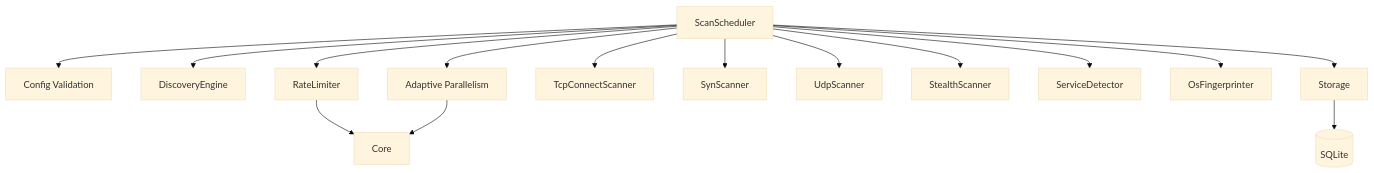
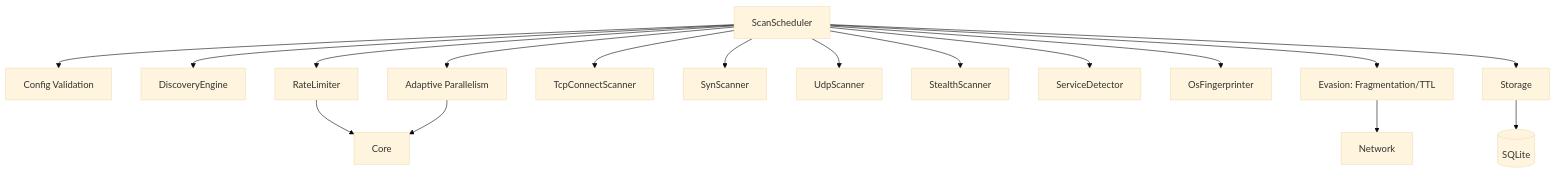
One commit to doublegate/ProRT-IP changed the third of 5 diagrams in README.md. Above: the diagram before and after it, drawn with Mermaid (base theme). The commit also changed other lines of this file and 14 other files, not shown here.

First line of the commit message:
feat(evasion): Add packet fragmentation and TTL control (Sprint 4.20 Phase 2)

````diff
--- a/README.md
+++ b/README.md
@@ -906,17 +919,19 @@
 ```mermaid
 graph TD
     Scheduler[ScanScheduler] --> Config[Config Validation]
     Scheduler --> Discovery[DiscoveryEngine]
     Scheduler --> RateLimiter[RateLimiter]
     Scheduler --> Parallelism[Adaptive Parallelism]
     Scheduler --> TCP[TcpConnectScanner]
     Scheduler --> SYN[SynScanner]
     Scheduler --> UDP[UdpScanner]
     Scheduler --> Stealth[StealthScanner]
     Scheduler --> Service[ServiceDetector]
     Scheduler --> OS[OsFingerprinter]
+    Scheduler --> Evasion[Evasion: Fragmentation/TTL]
     Scheduler --> Storage
     Storage --> DB[(SQLite)]
     RateLimiter --> Core
     Parallelism --> Core
+    Evasion --> Network
 ```
````
